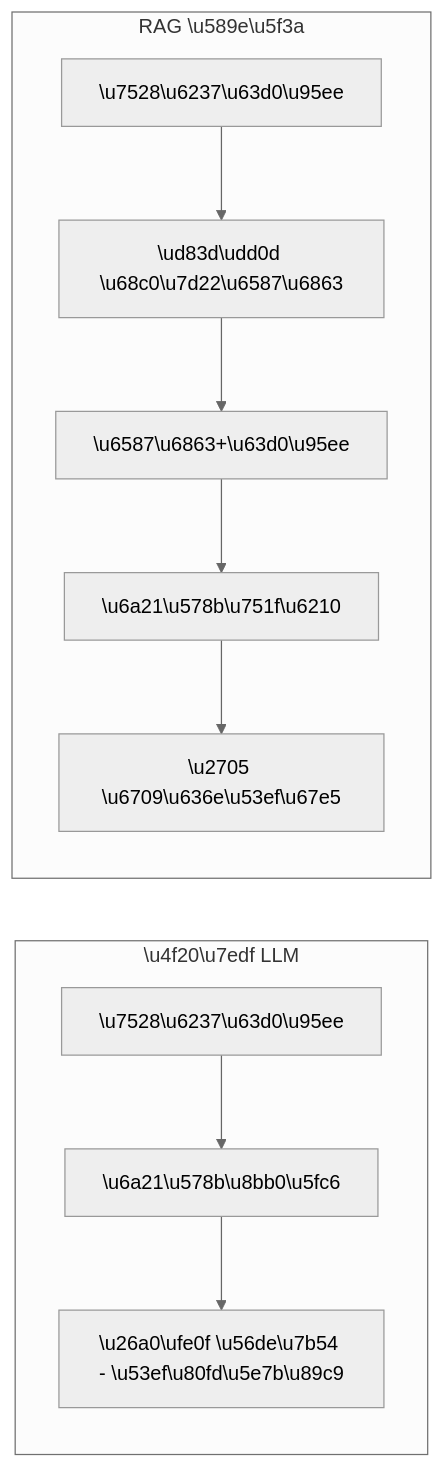
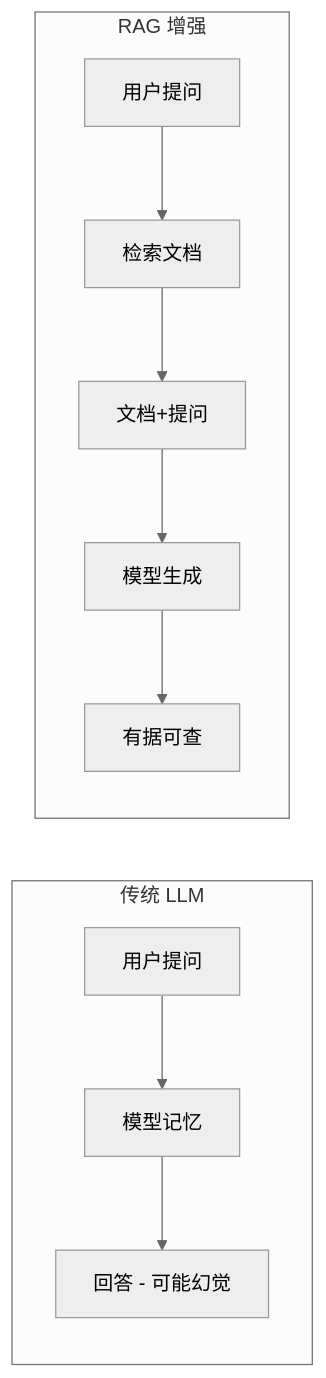
One commit to ifnodoraemon/ifnodoraemon.github.io changed the first of 2 diagrams in content/articles/rag-in-practice.md. Above: the diagram before and after it, drawn with Mermaid (neutral theme). The commit also changed other lines of this file and 2 other files, not shown here.

First line of the commit message:
fix(articles): 修复 Mermaid 图表 unicode 转义 + HTML 解析冲突

````diff
--- a/content/articles/rag-in-practice.md
+++ b/content/articles/rag-in-practice.md
@@ -14,9 +14,9 @@
 ```mermaid
 graph LR
-    subgraph \u4f20\u7edf LLM
-        A1["\u7528\u6237\u63d0\u95ee"] --> A2["\u6a21\u578b\u8bb0\u5fc6"] --> A3["\u26a0\ufe0f \u56de\u7b54 - \u53ef\u80fd\u5e7b\u89c9"]
+    subgraph 传统 LLM
+        A1["用户提问"] --> A2["模型记忆"] --> A3["回答 - 可能幻觉"]
     end
-    subgraph RAG \u589e\u5f3a
-        B1["\u7528\u6237\u63d0\u95ee"] --> B2["\ud83d\udd0d \u68c0\u7d22\u6587\u6863"] --> B3["\u6587\u6863+\u63d0\u95ee"] --> B4["\u6a21\u578b\u751f\u6210"] --> B5["\u2705 \u6709\u636e\u53ef\u67e5"]
+    subgraph RAG 增强
+        B1["用户提问"] --> B2["检索文档"] --> B3["文档+提问"] --> B4["模型生成"] --> B5["有据可查"]
     end
 ```
````
